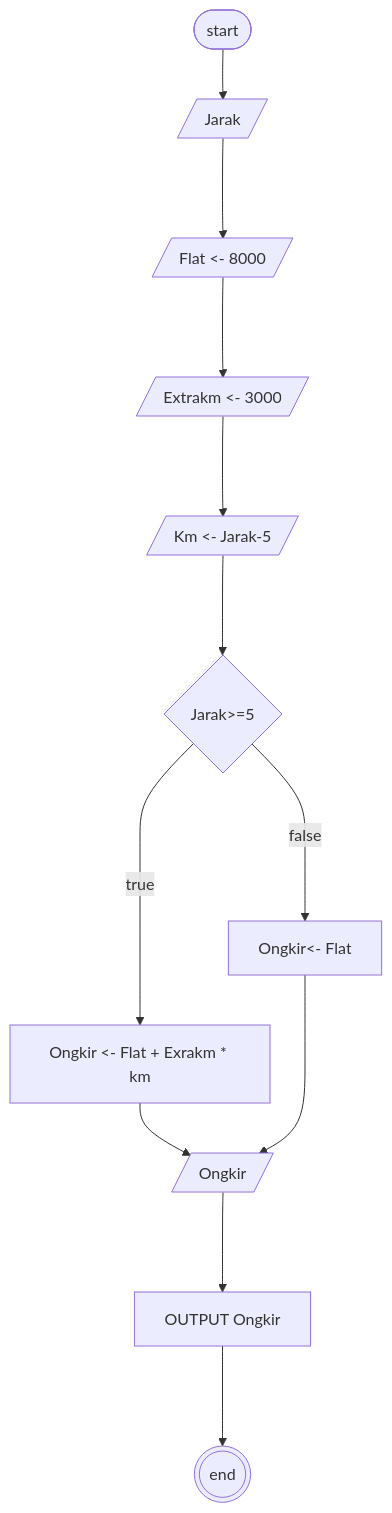
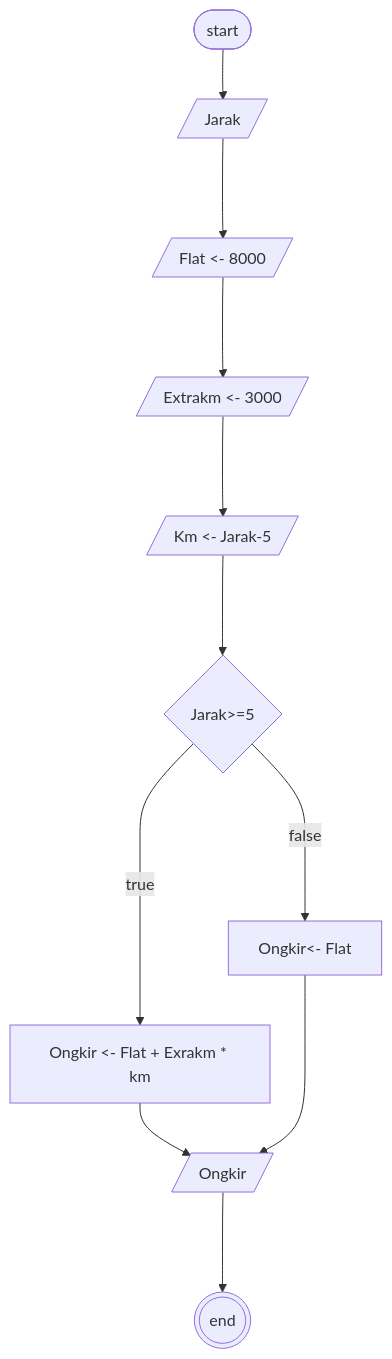
Before and after one commit to ghifar1327/koda-b4-algoritma: the diagram in minitask8.md, drawn with Mermaid.

````diff
--- a/minitask8.md
+++ b/minitask8.md
@@ -3,9 +3,8 @@
 ```mermaid
 flowchart TB
 a([start])-->b[/Jarak/]--->c[/Flat <- 8000/]--->d[/Extrakm <- 3000/]--->e[/Km <- Jarak-5/]--->f{Jarak>=5}--->|true|g[Ongkir <- Flat + Exrakm * km ]
 f--->|false|h[ Ongkir<- Flat]
 g-->i[/Ongkir/]
 h--->i
-i--->j[OUTPUT Ongkir]
-j--->k(((end)))
+i--->k(((end)))
 ```
````
